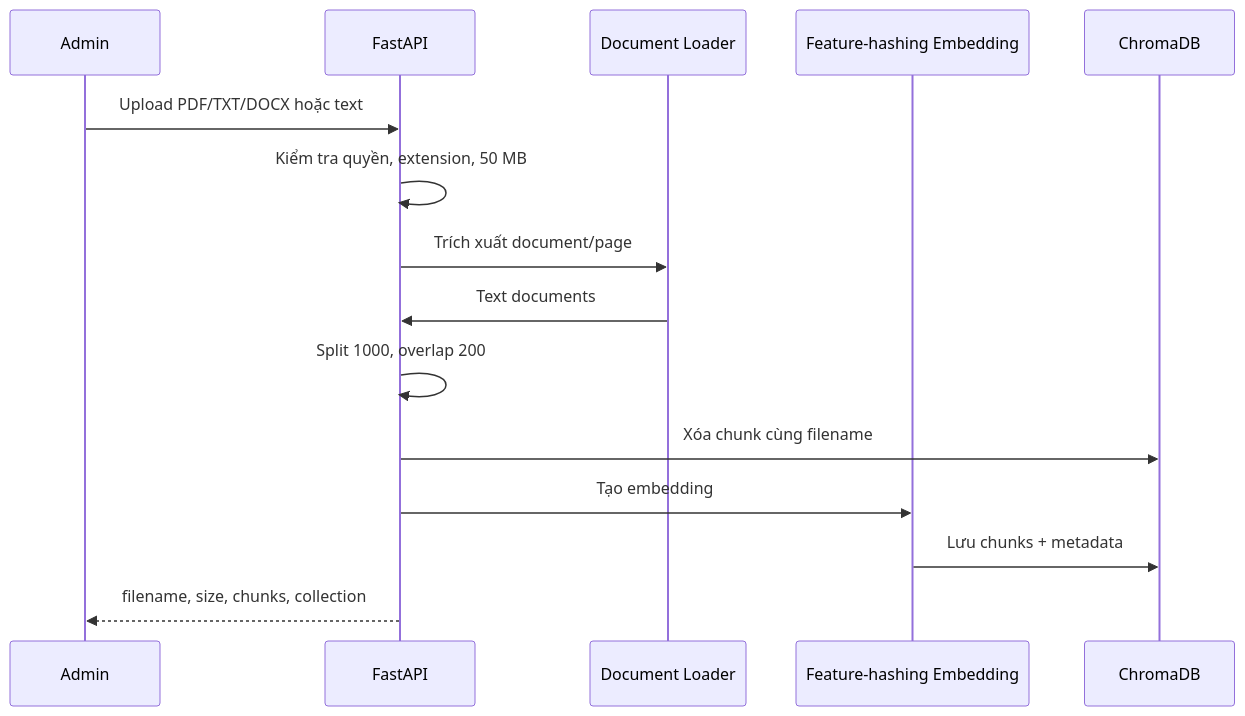
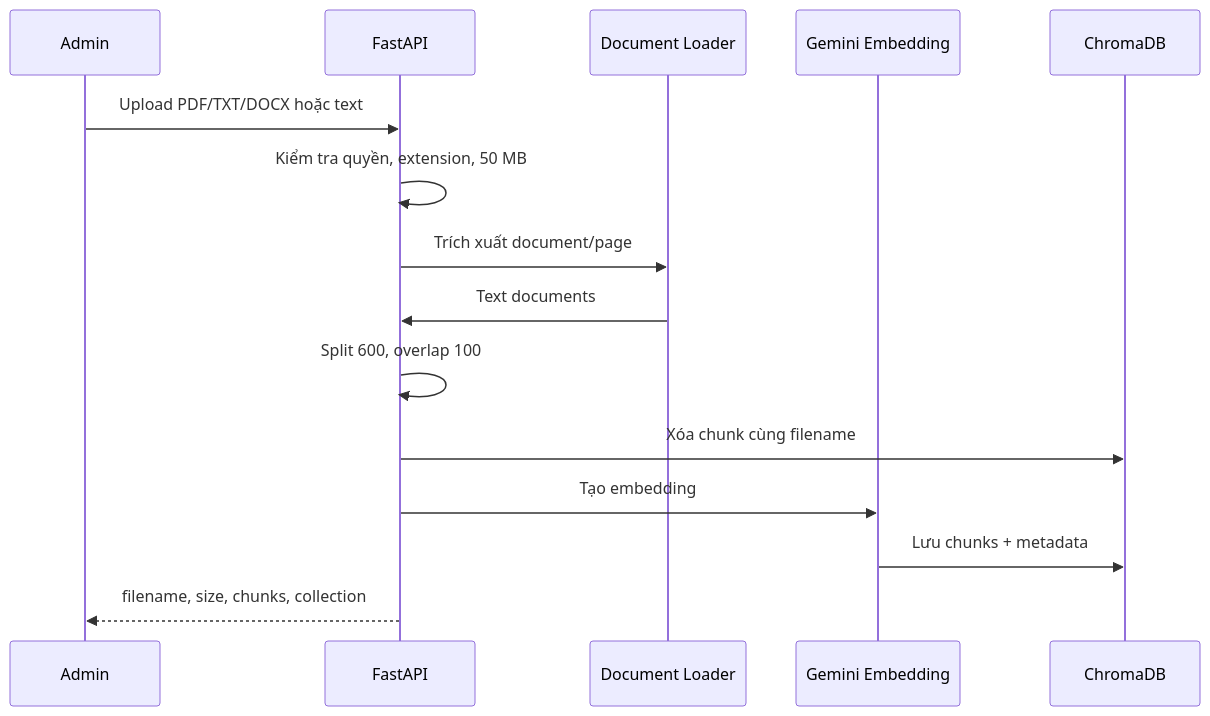
The second of 2 diagrams in reengineered_docs/10_Software_Architecture.md (uncletanh/CNPM-Group-1), drawn with Mermaid before and after one commit. The commit also changed other lines of this file and 22 other files, not shown here.

````diff
--- a/reengineered_docs/10_Software_Architecture.md
+++ b/reengineered_docs/10_Software_Architecture.md
@@ -100,17 +100,17 @@
 ```mermaid
 sequenceDiagram
     participant A as Admin
     participant API as FastAPI
     participant L as Document Loader
-    participant E as Feature-hashing Embedding
+    participant E as Gemini Embedding
     participant C as ChromaDB
     A->>API: Upload PDF/TXT/DOCX hoặc text
     API->>API: Kiểm tra quyền, extension, 50 MB
     API->>L: Trích xuất document/page
     L->>API: Text documents
-    API->>API: Split 1000, overlap 200
+    API->>API: Split 600, overlap 100
     API->>C: Xóa chunk cùng filename
     API->>E: Tạo embedding
     E->>C: Lưu chunks + metadata
     API-->>A: filename, size, chunks, collection
 ```
````
